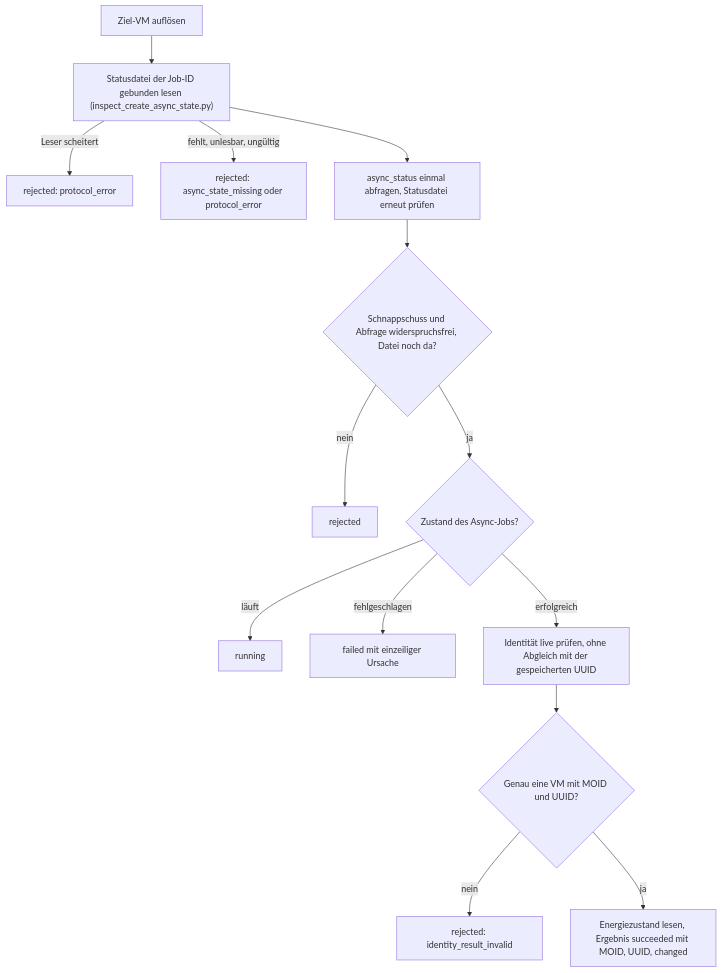
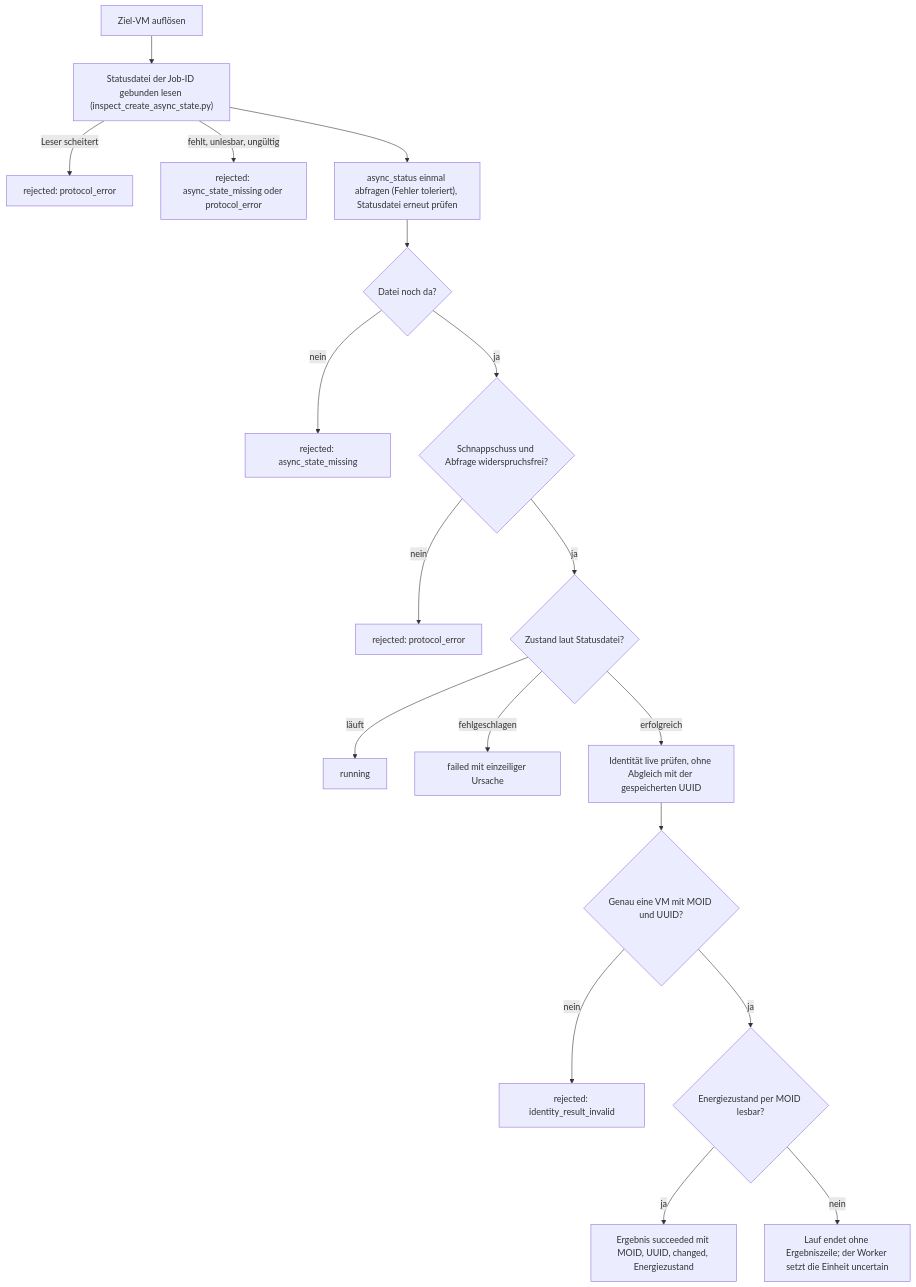
One commit to Samy94M/VirtuSphere-v2-WebApp changed the seventh of 13 diagrams in docs/operations/deploy-flows.md. Above: the diagram before and after it, drawn with Mermaid. The commit also changed other lines of this file and 7 other files, not shown here.

First line of the commit message:
Guard the flow documents against the code and recheck every diagram

````diff
--- a/docs/operations/deploy-flows.md
+++ b/docs/operations/deploy-flows.md
@@ -219,16 +228,20 @@
 ```mermaid
 flowchart TD
   A["Ziel-VM auflösen"] --> B["Statusdatei der Job-ID gebunden lesen (inspect_create_async_state.py)"]
   B -->|Leser scheitert| BX["rejected: protocol_error"]
   B -->|fehlt, unlesbar, ungültig| BM["rejected: async_state_missing oder protocol_error"]
-  B --> C["async_status einmal abfragen, Statusdatei erneut prüfen"]
-  C --> D{"Schnappschuss und Abfrage widerspruchsfrei, Datei noch da?"}
-  D -->|nein| DX["rejected"]
-  D -->|ja| E{"Zustand des Async-Jobs?"}
+  B --> C["async_status einmal abfragen (Fehler toleriert), Statusdatei erneut prüfen"]
+  C --> D{"Datei noch da?"}
+  D -->|nein| DM["rejected: async_state_missing"]
+  D -->|ja| D2{"Schnappschuss und Abfrage widerspruchsfrei?"}
+  D2 -->|nein| DX["rejected: protocol_error"]
+  D2 -->|ja| E{"Zustand laut Statusdatei?"}
   E -->|läuft| E1["running"]
   E -->|fehlgeschlagen| E2["failed mit einzeiliger Ursache"]
   E -->|erfolgreich| F["Identität live prüfen, ohne Abgleich mit der gespeicherten UUID"]
   F --> G{"Genau eine VM mit MOID und UUID?"}
   G -->|nein| GX["rejected: identity_result_invalid"]
-  G -->|ja| H["Energiezustand lesen, Ergebnis succeeded mit MOID, UUID, changed"]
+  G -->|ja| H{"Energiezustand per MOID lesbar?"}
+  H -->|ja| H1["Ergebnis succeeded mit MOID, UUID, changed, Energiezustand"]
+  H -->|nein| HX["Lauf endet ohne Ergebniszeile; der Worker setzt die Einheit uncertain"]
 ```
````
